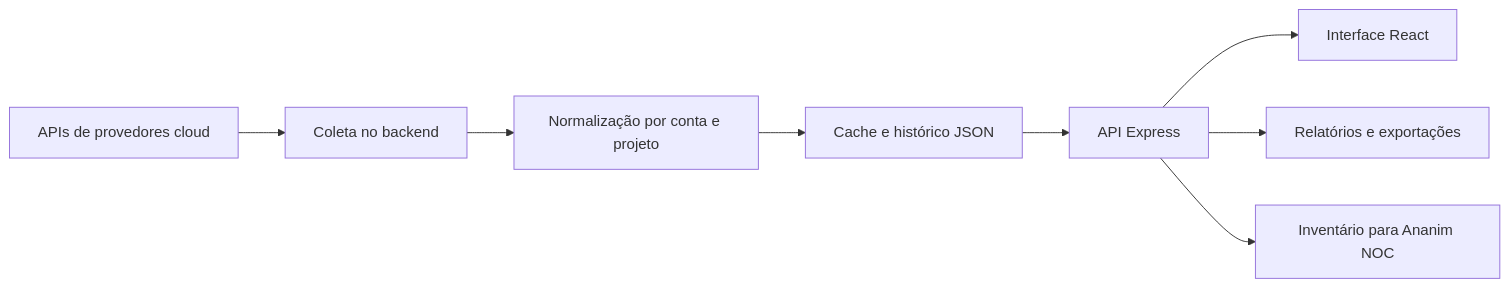
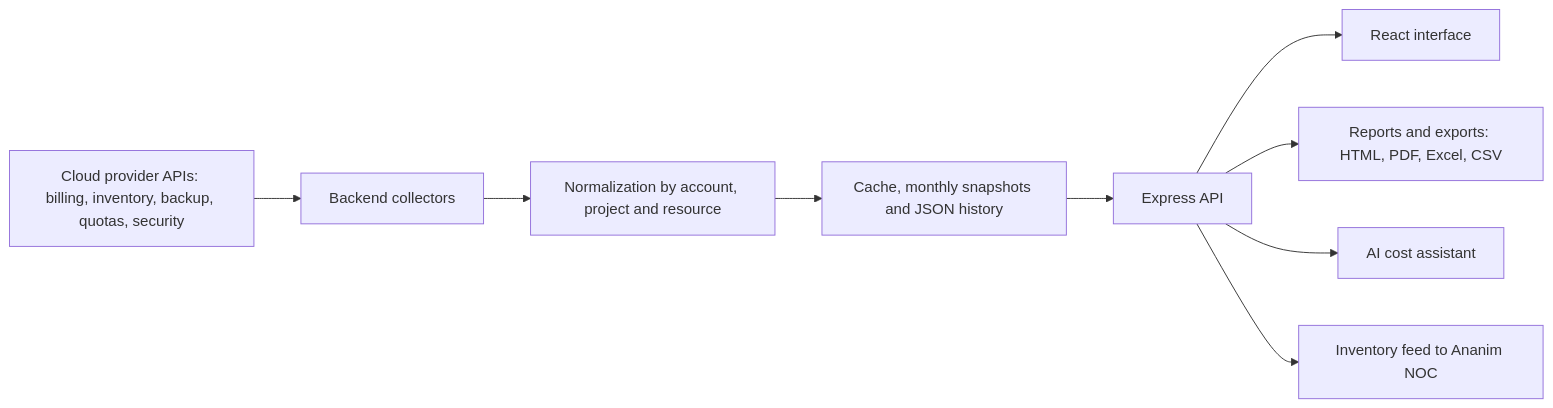
The diagram in README.md (gsouzacloud/cloud-report-portfolio), drawn with Mermaid before and after one commit. The commit also changed other lines of this file and 23 other files, not shown here.

````diff
--- a/README.md
+++ b/README.md
@@ -50,10 +195,11 @@
 ```mermaid
 flowchart LR
-  A[APIs de provedores cloud] --> B[Coleta no backend]
-  B --> C[Normalização por conta e projeto]
-  C --> D[Cache e histórico JSON]
-  D --> E[API Express]
-  E --> F[Interface React]
-  E --> G[Relatórios e exportações]
-  E --> H[Inventário para Ananim NOC]
+  A[Cloud provider APIs: billing, inventory, backup, quotas, security] --> B[Backend collectors]
+  B --> C[Normalization by account, project and resource]
+  C --> D[Cache, monthly snapshots and JSON history]
+  D --> E[Express API]
+  E --> F[React interface]
+  E --> G[Reports and exports: HTML, PDF, Excel, CSV]
+  E --> H[AI cost assistant]
+  E --> I[Inventory feed to Ananim NOC]
 ```
````
